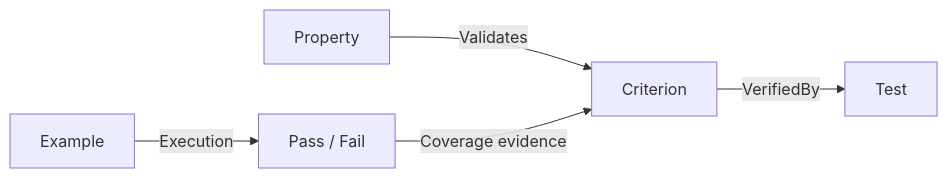
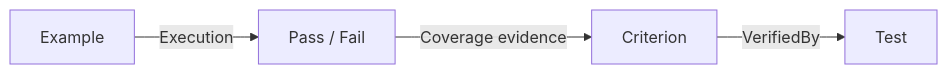
One commit to jonisavo/supersigil changed the diagram in website/src/content/docs/guides/executable-examples.mdx. Above: the diagram before and after it, drawn with Mermaid. The commit also changed 6 other files, not shown here.

````diff
--- a/website/src/content/docs/guides/executable-examples.mdx
+++ b/website/src/content/docs/guides/executable-examples.mdx
@@ -16,7 +16,6 @@
 ```mermaid
 graph LR
-  P["Property"] -- "Validates" --> C["Criterion"]
-  C -- "VerifiedBy" --> T["Test"]
+  C["Criterion"] -- "VerifiedBy" --> T["Test"]
   E["Example"] -- "Execution" --> R["Pass / Fail"]
   R -- "Coverage evidence" --> C
 ```
````
